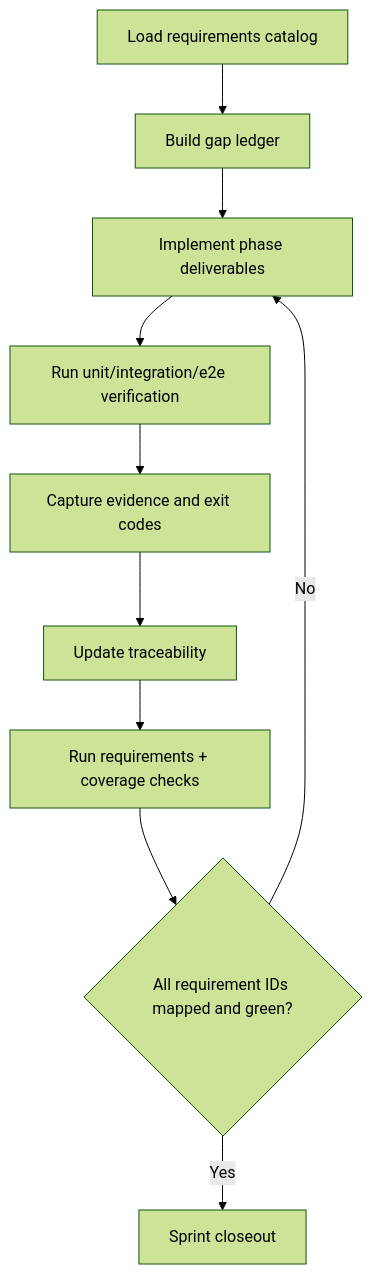
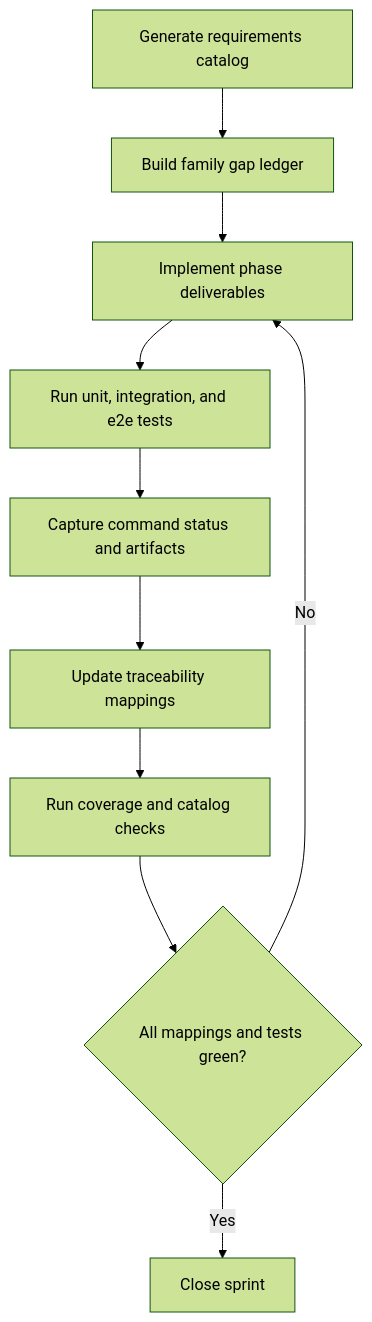
One commit to jaytaylor/attractor-tcl changed the third of 5 diagrams in docs/sprints/SPRINT-003-close-spec-parity-tcl.md. Above: the diagram before and after it, drawn with Mermaid (forest theme). The commit also changed other lines of this file, not shown here.

Commit message:
docs: sync Sprint 003 parity plan to completed implementation state

````diff
--- a/docs/sprints/SPRINT-003-close-spec-parity-tcl.md
+++ b/docs/sprints/SPRINT-003-close-spec-parity-tcl.md
@@ -1443,12 +1016,12 @@
 ```mermaid
 flowchart TD
-  A[Load requirements catalog] --> B[Build gap ledger]
+  A[Generate requirements catalog] --> B[Build family gap ledger]
   B --> C[Implement phase deliverables]
-  C --> D[Run unit/integration/e2e verification]
-  D --> E[Capture evidence and exit codes]
-  E --> F[Update traceability]
-  F --> G[Run requirements + coverage checks]
-  G --> H{All requirement IDs mapped and green?}
+  C --> D[Run unit, integration, and e2e tests]
+  D --> E[Capture command status and artifacts]
+  E --> F[Update traceability mappings]
+  F --> G[Run coverage and catalog checks]
+  G --> H{All mappings and tests green?}
   H -->|No| C
-  H -->|Yes| I[Sprint closeout]
+  H -->|Yes| I[Close sprint]
 ```
````
